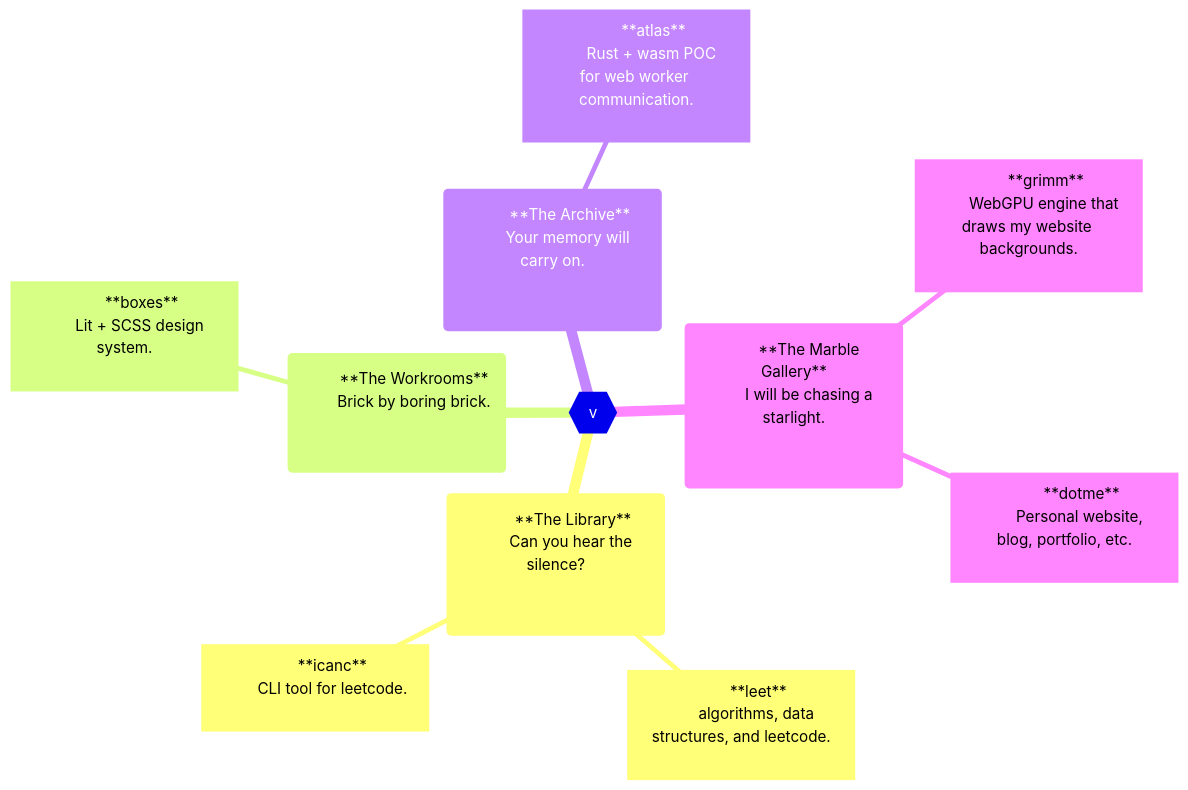
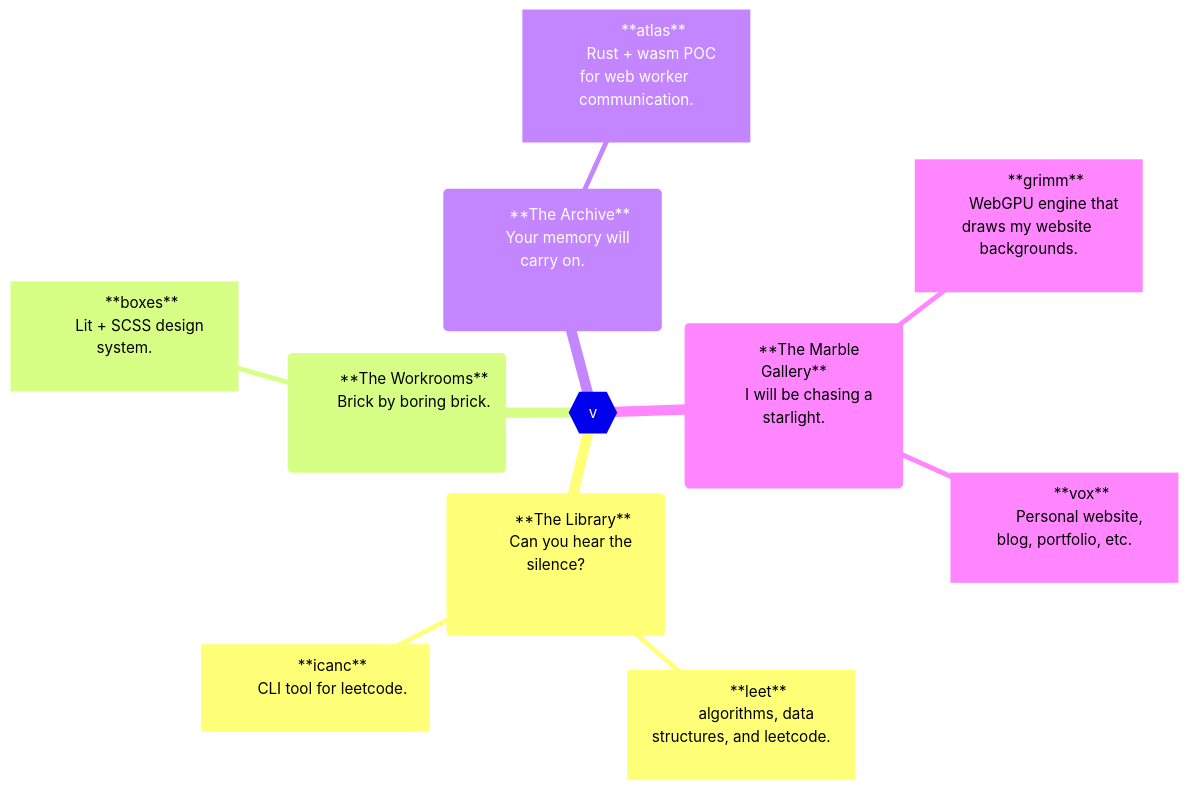
Before and after one commit to voxelstack/voxelstack: the diagram in README.md, drawn with Mermaid.

````diff
--- a/README.md
+++ b/README.md
@@ -4,49 +4,49 @@
 ```mermaid
 mindmap
   root{{v}}
     (
         **The Library**
         Can you hear the silence?
         <!-- Can you see the dark? -->
     )
       [
         **leet**
         algorithms, data structures, and leetcode.
       ]
       [
         **icanc**
         CLI tool for leetcode.
       ]
     (
         <!-- The word "workshop" was taken from us. -->
         **The Workrooms**
         Brick by boring brick.
         <!-- Or the wolf's gonna blow it down. -->
     )
       [
         **boxes**
         Lit + SCSS design system.
       ]
     (
         **The Archive**
         Your memory will carry on.
         <!-- We'll carry on. -->
     )
       [
         **atlas**
         Rust + wasm POC for web worker communication.
       ]
     (
         **The Marble Gallery**
         I will be chasing a starlight.
         <!-- Until the end of my life. -->
     )
       [
         **grimm**
         WebGPU engine that draws my website backgrounds.
       ]
       [
-        **dotme**
+        **vox**
         Personal website, blog, portfolio, etc.
       ]
 ```
````
